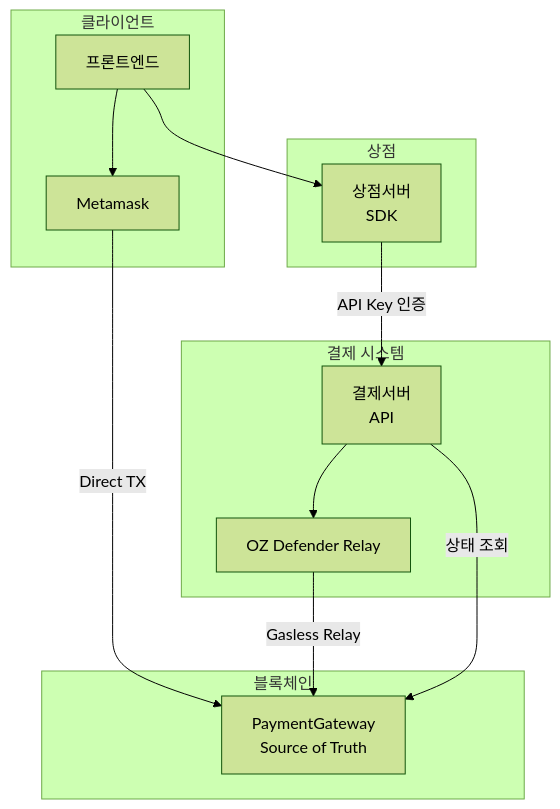
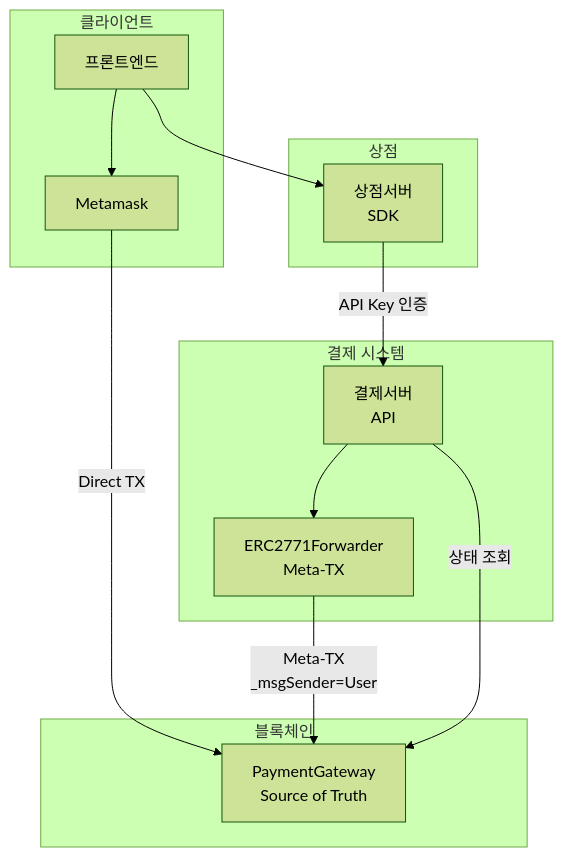
Before and after one commit to globalmsq/solo-pay: the diagram in docs/prd.md, drawn with Mermaid (forest theme). The commit also changed other lines of this file and 7 other files, not shown here.

````diff
--- a/docs/prd.md
+++ b/docs/prd.md
@@ -39,28 +39,28 @@
 ```mermaid
 flowchart TB
     subgraph Client["클라이언트"]
         Frontend[프론트엔드]
         Metamask[Metamask]
     end
 
     subgraph Store["상점"]
         StoreServer[상점서버<br/>SDK]
     end
 
     subgraph Payment["결제 시스템"]
         PaymentServer[결제서버<br/>API]
-        OZRelay[OZ Defender Relay]
+        Forwarder[ERC2771Forwarder<br/>Meta-TX]
     end
 
     subgraph Blockchain["블록체인"]
         Contract[PaymentGateway<br/>Source of Truth]
     end
 
     Frontend --> StoreServer
     Frontend --> Metamask
     Metamask -->|Direct TX| Contract
     StoreServer -->|API Key 인증| PaymentServer
-    PaymentServer --> OZRelay
-    OZRelay -->|Gasless Relay| Contract
+    PaymentServer --> Forwarder
+    Forwarder -->|Meta-TX<br/>_msgSender=User| Contract
     PaymentServer -->|상태 조회| Contract
 ```
````
